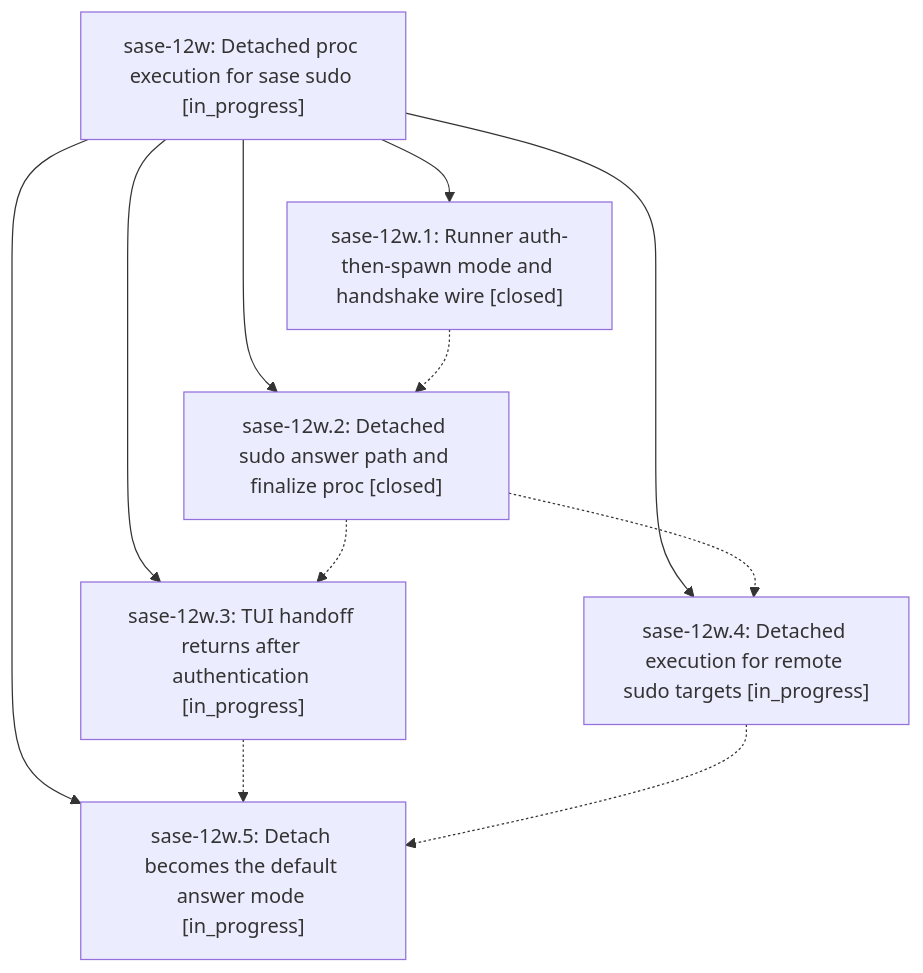
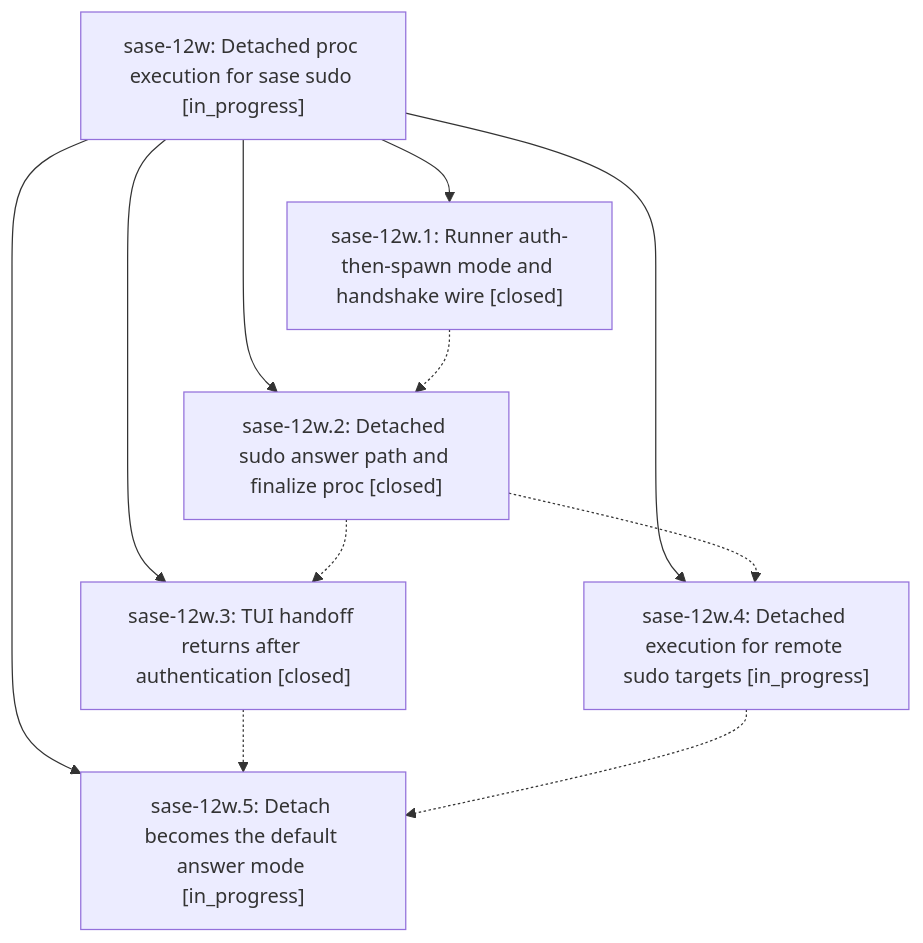
Before and after one commit to sase-org/sase--beads: the diagram in pages/sase-12w/README.md, drawn with Mermaid. The commit also changed other lines of this file and 3 other files, not shown here.

````diff
--- a/pages/sase-12w/README.md
+++ b/pages/sase-12w/README.md
@@ -26,19 +26,19 @@
 ```mermaid
 flowchart TD
     n0["sase-12w: Detached proc execution for sase sudo [in_progress]"]
     n1["sase-12w.1: Runner auth-then-spawn mode and handshake wire [closed]"]
     n2["sase-12w.2: Detached sudo answer path and finalize proc [closed]"]
-    n3["sase-12w.3: TUI handoff returns after authentication [in_progress]"]
+    n3["sase-12w.3: TUI handoff returns after authentication [closed]"]
     n4["sase-12w.4: Detached execution for remote sudo targets [in_progress]"]
     n5["sase-12w.5: Detach becomes the default answer mode [in_progress]"]
     n0 --> n1
     n0 --> n2
     n0 --> n3
     n0 --> n4
     n0 --> n5
     n1 -.-> n2
     n2 -.-> n3
     n2 -.-> n4
     n3 -.-> n5
     n4 -.-> n5
 ```
````
